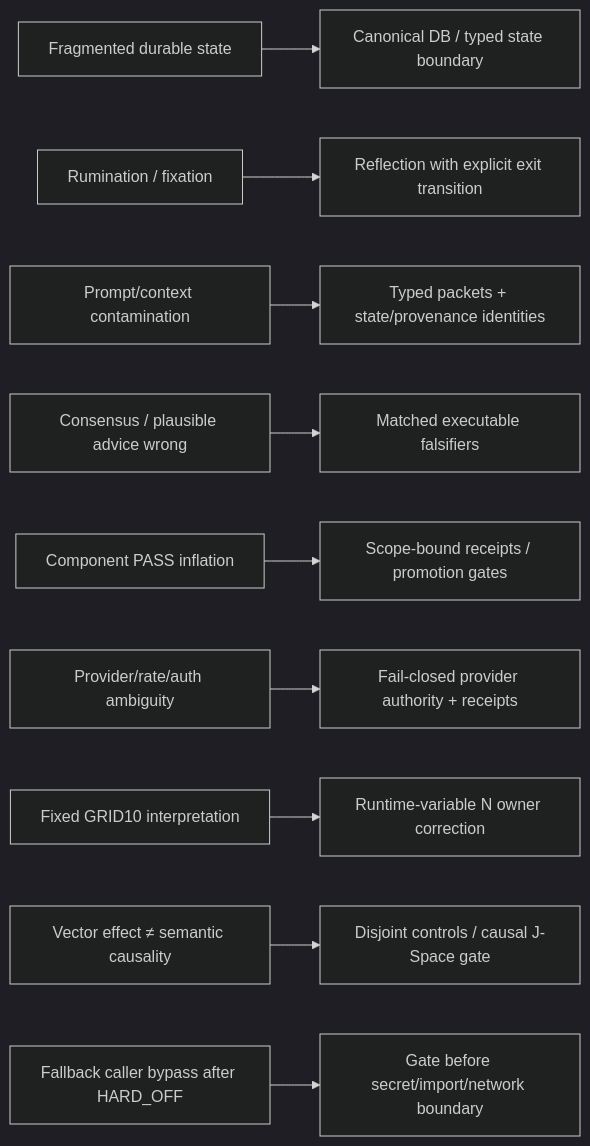
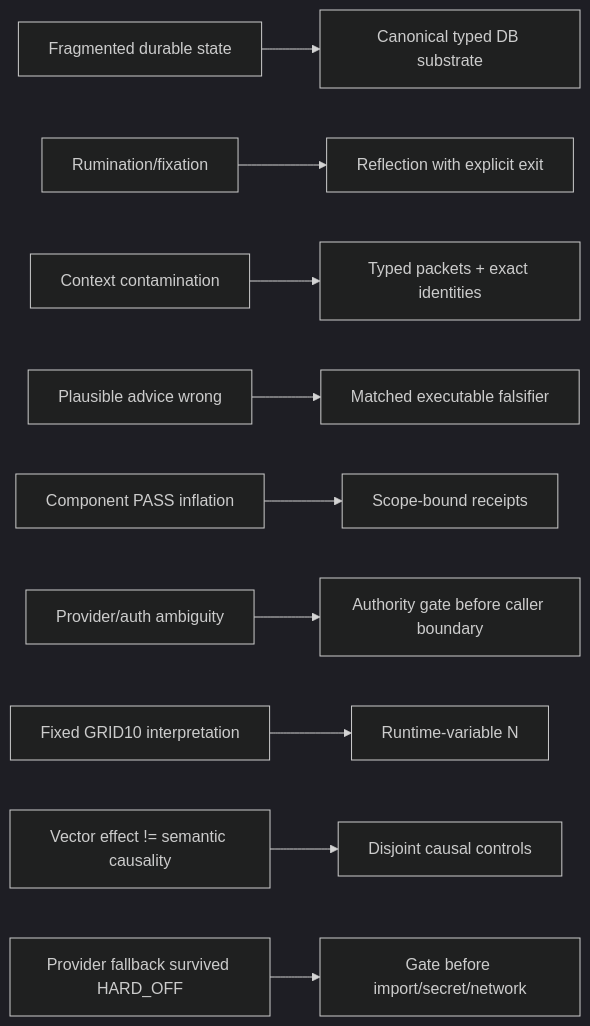
One commit to gschaidergabriel/Cognitive-devmachine changed the second of 2 diagrams in DEV_SOURCE_RESEARCH/README.md. Above: the diagram before and after it, drawn with Mermaid (dark theme). The commit also changed other lines of this file, not shown here.

Commit message:
triggerword3: reenter chronicle after authority-gate closure

````diff
--- a/DEV_SOURCE_RESEARCH/README.md
+++ b/DEV_SOURCE_RESEARCH/README.md
@@ -223,12 +217,12 @@
 ```mermaid
 flowchart LR
-    F1[Fragmented durable state] --> M1[Canonical DB / typed state boundary]
-    F2[Rumination / fixation] --> M2[Reflection with explicit exit transition]
-    F3[Prompt/context contamination] --> M3[Typed packets + state/provenance identities]
-    F4[Consensus / plausible advice wrong] --> M4[Matched executable falsifiers]
-    F5[Component PASS inflation] --> M5[Scope-bound receipts / promotion gates]
-    F6[Provider/rate/auth ambiguity] --> M6[Fail-closed provider authority + receipts]
-    F7[Fixed GRID10 interpretation] --> M7[Runtime-variable N owner correction]
-    F8[Vector effect ≠ semantic causality] --> M8[Disjoint controls / causal J-Space gate]
-    F9[Fallback caller bypass after HARD_OFF] --> M9[Gate before secret/import/network boundary]
+    F1[Fragmented durable state] --> M1[Canonical typed DB substrate]
+    F2[Rumination/fixation] --> M2[Reflection with explicit exit]
+    F3[Context contamination] --> M3[Typed packets + exact identities]
+    F4[Plausible advice wrong] --> M4[Matched executable falsifier]
+    F5[Component PASS inflation] --> M5[Scope-bound receipts]
+    F6[Provider/auth ambiguity] --> M6[Authority gate before caller boundary]
+    F7[Fixed GRID10 interpretation] --> M7[Runtime-variable N]
+    F8[Vector effect != semantic causality] --> M8[Disjoint causal controls]
+    F9[Provider fallback survived HARD_OFF] --> M9[Gate before import/secret/network]
 ```
````
